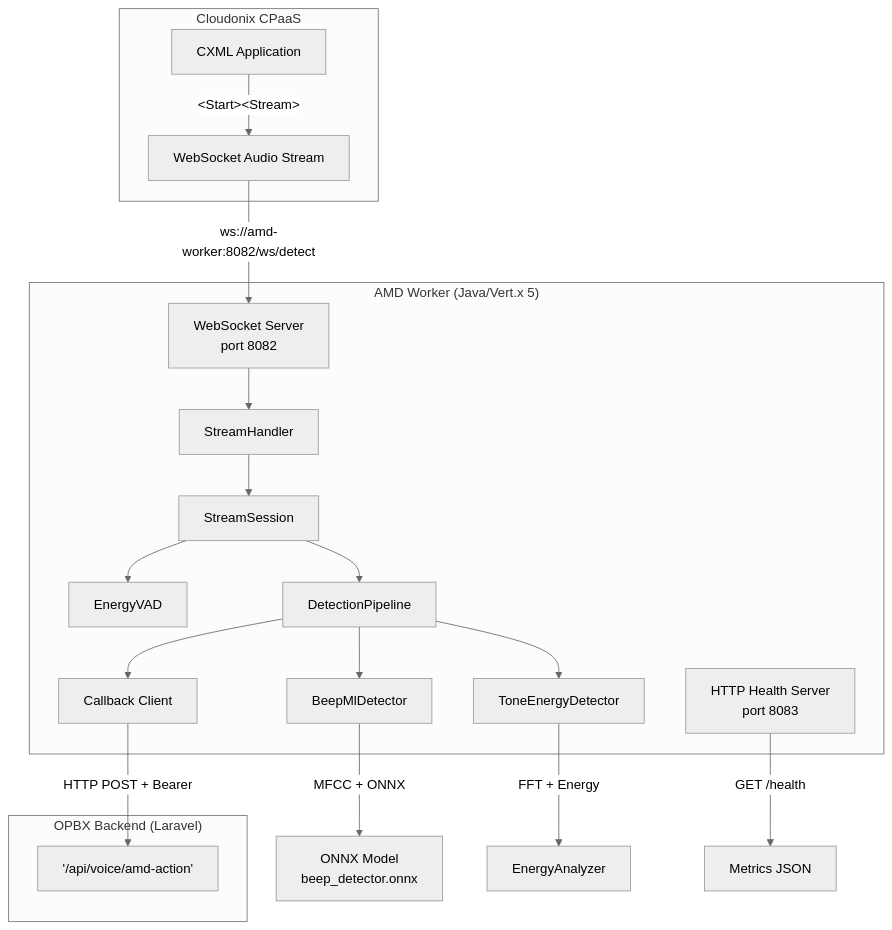
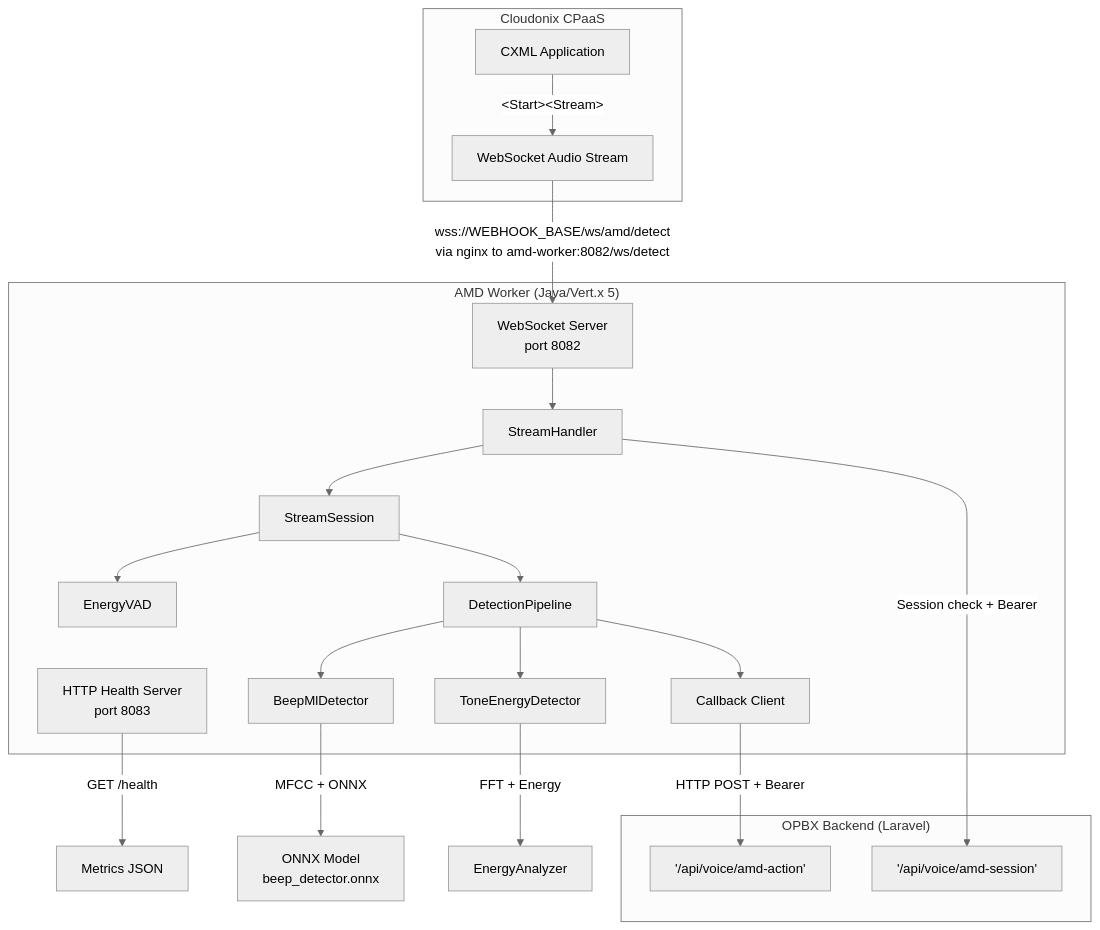
Before and after one commit to greenfieldtech-nirs/opbx: the first of 3 diagrams in amd-worker/README.md, drawn with Mermaid (neutral theme). The commit also changed other lines of this file and 9 other files, not shown here.

````diff
--- a/amd-worker/README.md
+++ b/amd-worker/README.md
@@ -40,37 +42,39 @@
 ```mermaid
 graph TB
     subgraph "Cloudonix CPaaS"
         CXML[CXML Application]
         STREAM[WebSocket Audio Stream]
     end
 
     subgraph "AMD Worker (Java/Vert.x 5)"
         WS[WebSocket Server<br/>port 8082]
         HTTP[HTTP Health Server<br/>port 8083]
         SH[StreamHandler]
         SS[StreamSession]
         VAD[EnergyVAD]
         DP[DetectionPipeline]
         BML[BeepMlDetector]
         TED[ToneEnergyDetector]
         CB[Callback Client]
     end
 
     subgraph "OPBX Backend (Laravel)"
         API['/api/voice/amd-action']
+        SESS['/api/voice/amd-session']
     end
 
     CXML -->|&lt;Start&gt;&lt;Stream&gt;| STREAM
-    STREAM -->|ws://amd-worker:8082/ws/detect| WS
+    STREAM -->|wss://WEBHOOK_BASE/ws/amd/detect<br/>via nginx to amd-worker:8082/ws/detect| WS
     WS --> SH
     SH --> SS
     SS --> VAD
     SS --> DP
     DP --> BML
     DP --> TED
     BML -->|MFCC + ONNX| ML[ONNX Model<br/>beep_detector.onnx]
     TED -->|FFT + Energy| EA[EnergyAnalyzer]
     DP --> CB
     CB -->|HTTP POST + Bearer| API
+    SH -->|Session check + Bearer| SESS
     HTTP -->|GET /health| METRICS[Metrics JSON]
 ```
````
